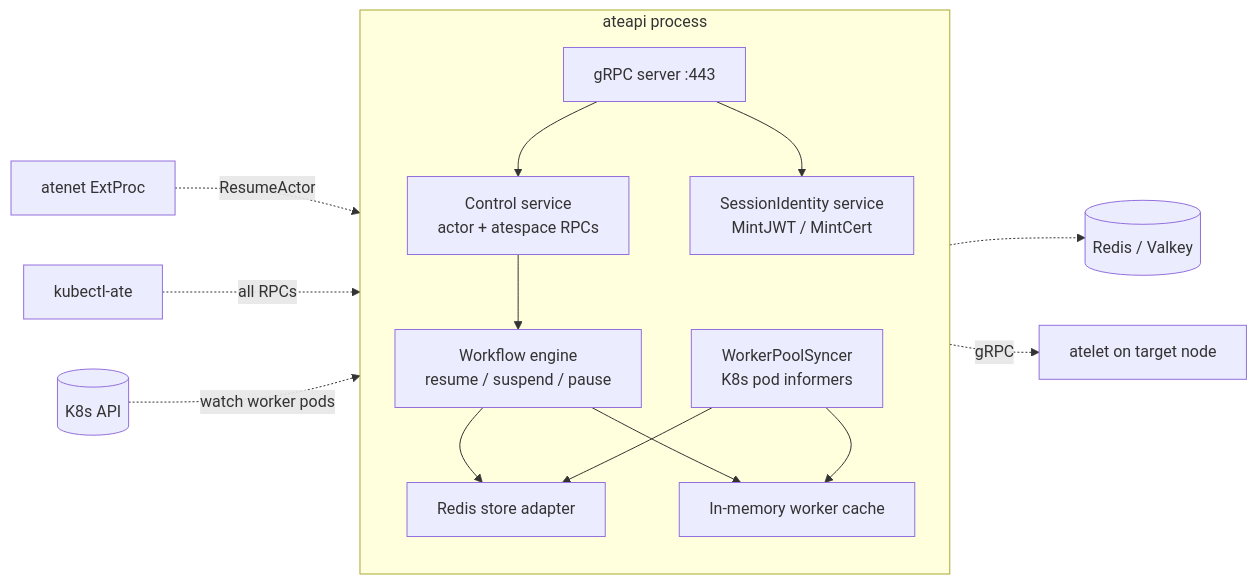
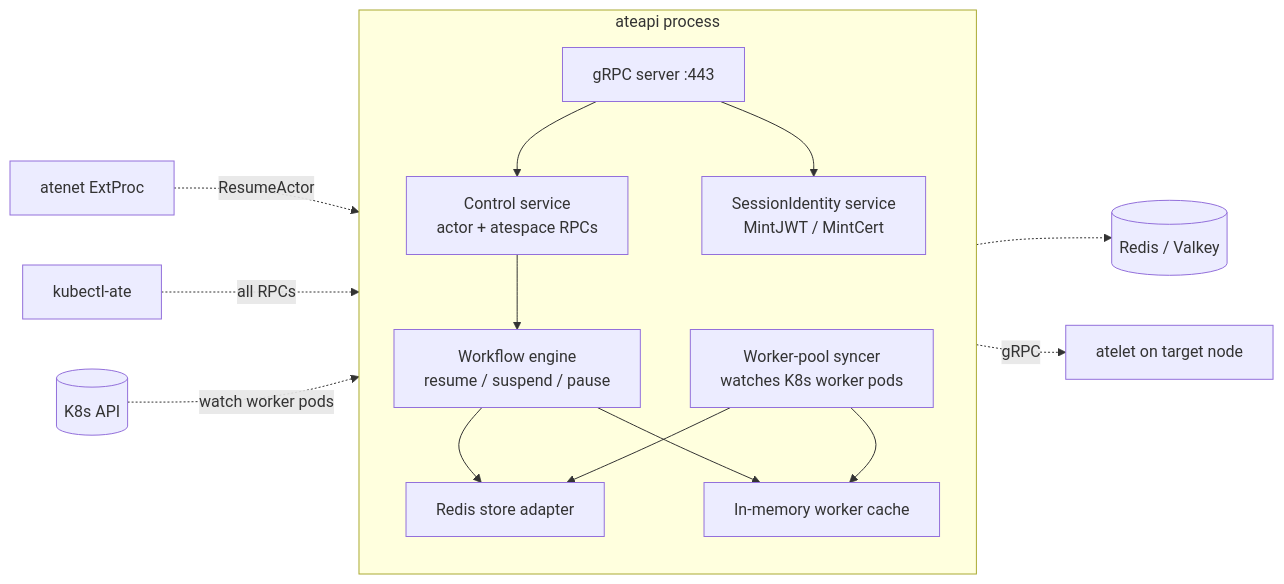
The first of 2 diagrams in atlas/src/content/docs/components/ateapi.mdx (christian-posta/substrate), drawn with Mermaid before and after one commit. The commit also changed other lines of this file and 27 other files, not shown here.

````diff
--- a/atlas/src/content/docs/components/ateapi.mdx
+++ b/atlas/src/content/docs/components/ateapi.mdx
@@ -12,31 +12,31 @@
 ```mermaid
 flowchart LR
   subgraph ateapi["ateapi process"]
     direction TB
     GRPC[gRPC server :443]
     CTL[Control service<br/>actor + atespace RPCs]
     SID[SessionIdentity service<br/>MintJWT / MintCert]
     WF[Workflow engine<br/>resume / suspend / pause]
-    SYNC[WorkerPoolSyncer<br/>K8s pod informers]
+    SYNC[Worker-pool syncer<br/>watches K8s worker pods]
     WCACHE[In-memory worker cache]
     STORE[Redis store adapter]
   end
 
   GRPC --> CTL
   GRPC --> SID
   CTL --> WF
   WF --> STORE
   WF --> WCACHE
   SYNC --> STORE
   SYNC --> WCACHE
 
   CLIENT[atenet ExtProc] -.->|ResumeActor| CTL
   CLI[kubectl-ate] -.->|all RPCs| CTL
   K8s[(K8s API)] -.->|watch worker pods| SYNC
   STORE -.-> REDIS[(Redis / Valkey)]
   WF -.->|gRPC| ATELET[atelet on target node]
 
   click ATELET "/components/atelet/" "atelet"
   click CLIENT "/components/atenet/" "atenet"
   click REDIS "/components/storage/" "Storage"
 ```
````
